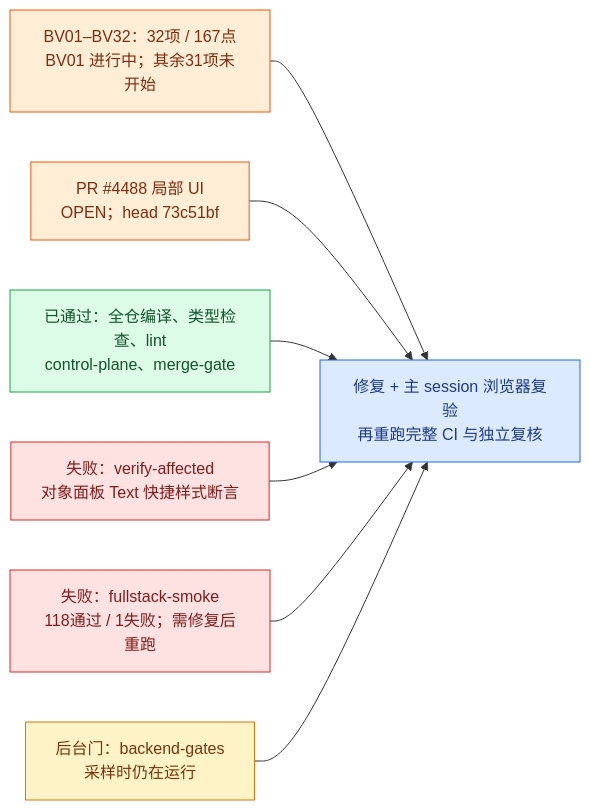
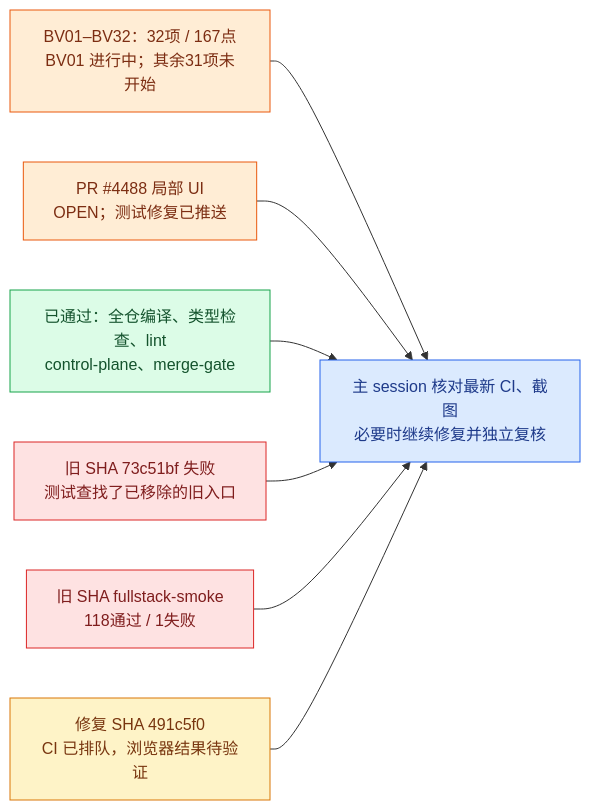
The first of 3 diagrams in phases/phase-19-board-visual-workspace/design-deltas/2026-09-26-unified-board-plan.md (boardx/workspacex), drawn with Mermaid before and after one commit. The commit also changed other lines of this file, not shown here.

Commit message:
docs(board): clarify current CI snapshot

````diff
--- a/phases/phase-19-board-visual-workspace/design-deltas/2026-09-26-unified-board-plan.md
+++ b/phases/phase-19-board-visual-workspace/design-deltas/2026-09-26-unified-board-plan.md
@@ -27,21 +27,21 @@
 ```mermaid
 flowchart LR
   A["BV01–BV32：32项 / 167点<br/>BV01 进行中；其余31项未开始"]:::risk
-  B["PR #4488 局部 UI<br/>OPEN；head 73c51bf"]:::risk
+  B["PR #4488 局部 UI<br/>OPEN；测试修复已推送"]:::risk
   C["已通过：全仓编译、类型检查、lint<br/>control-plane、merge-gate"]:::done
-  D["失败：verify-affected<br/>对象面板 Text 快捷样式断言"]:::fail
-  E["失败：fullstack-smoke<br/>118通过 / 1失败；需修复后重跑"]:::fail
-  F["后台门：backend-gates<br/>采样时仍在运行"]:::wait
-  G["修复 + 主 session 浏览器复验<br/>再重跑完整 CI 与独立复核"]:::next
+  D["旧 SHA 73c51bf 失败<br/>测试查找了已移除的旧入口"]:::fail
+  E["旧 SHA fullstack-smoke<br/>118通过 / 1失败"]:::fail
+  F["修复 SHA 491c5f0<br/>CI 已排队，浏览器结果待验证"]:::wait
+  G["主 session 核对最新 CI、截图<br/>必要时继续修复并独立复核"]:::next
   A --> G
   B --> G
   C --> G
   D --> G
   E --> G
   F --> G
   classDef done fill:#dcfce7,stroke:#16a34a,color:#14532d
   classDef wait fill:#fef3c7,stroke:#d97706,color:#78350f
   classDef fail fill:#fee2e2,stroke:#dc2626,color:#7f1d1d
   classDef risk fill:#ffedd5,stroke:#ea580c,color:#7c2d12
   classDef next fill:#dbeafe,stroke:#2563eb,color:#1e3a8a
 ```
````
